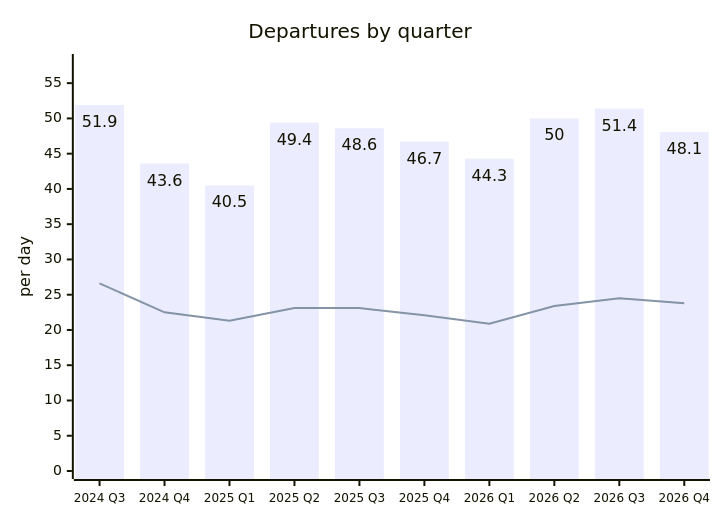
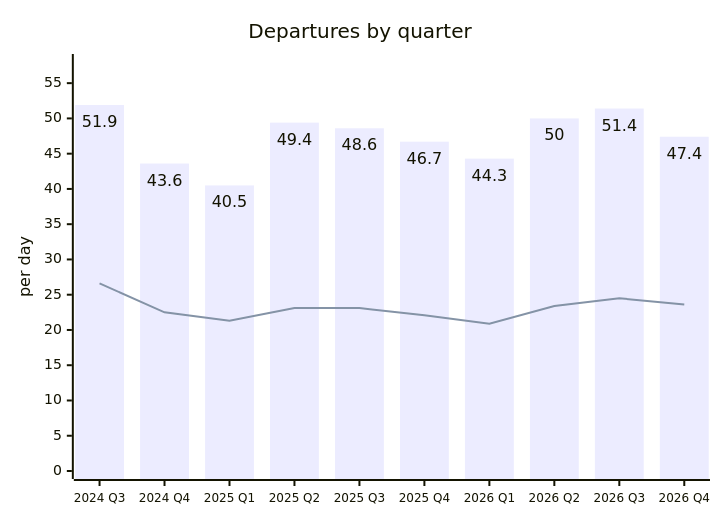
Before and after one commit to rainermesi/tll-airport-departures: the second of 2 diagrams in README.md, drawn with Mermaid. The commit also changed other lines of this file and 3 other files, not shown here.

````diff
--- a/README.md
+++ b/README.md
@@ -54,15 +54,15 @@
 ```mermaid
 ---
 config:
   xyChart:
     showDataLabel: true
     xAxis:
       labelFontSize: 12
 ---
 xychart-beta
     title "Departures by quarter"
     x-axis ["2024 Q3", "2024 Q4", "2025 Q1", "2025 Q2", "2025 Q3", "2025 Q4", "2026 Q1", "2026 Q2", "2026 Q3", "2026 Q4"]
     y-axis "per day" 0 --> 58
-    bar [51.9, 43.6, 40.5, 49.4, 48.6, 46.7, 44.3, 50.0, 51.4, 48.1]
-    line [26.6, 22.5, 21.3, 23.1, 23.1, 22.1, 20.9, 23.4, 24.5, 23.8]
+    bar [51.9, 43.6, 40.5, 49.4, 48.6, 46.7, 44.3, 50.0, 51.4, 47.4]
+    line [26.6, 22.5, 21.3, 23.1, 23.1, 22.1, 20.9, 23.4, 24.5, 23.6]
 ```
````
